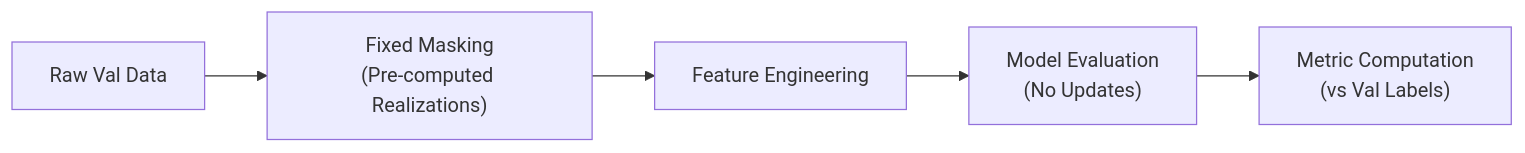
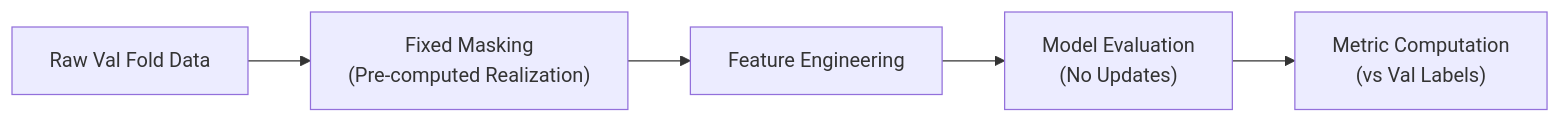
Before and after one commit to Pascal-Fortin/geoai_aquaculture: the eighth of 10 diagrams in docs/architecture/training_pipeline.md, drawn with Mermaid. The commit also changed other lines of this file and 1 other file, not shown here.

Commit message:
Updated documentation to reflect changes to Optuna Stratified K-Fold CV strategy.

````diff
--- a/docs/architecture/training_pipeline.md
+++ b/docs/architecture/training_pipeline.md
@@ -1245,7 +908,7 @@
 ```mermaid
 flowchart LR
-    A["Raw Val Data"] --> B["Fixed Masking<br>(Pre-computed Realizations)"]
+    A["Raw Val Fold Data"] --> B["Fixed Masking<br>(Pre-computed Realization)"]
     B --> C["Feature Engineering"]
     C --> D["Model Evaluation<br>(No Updates)"]
     D --> E["Metric Computation<br>(vs Val Labels)"]
 ```
````
